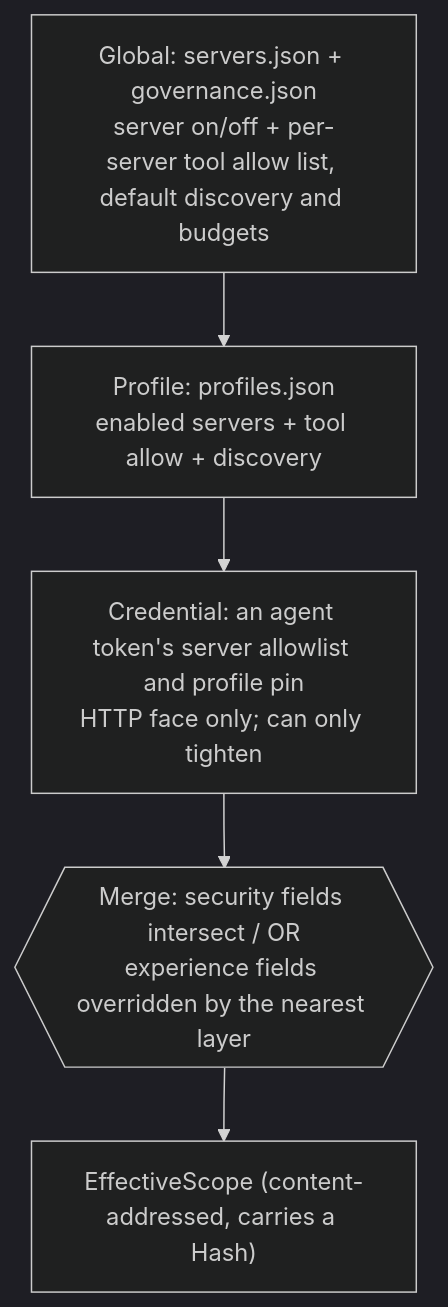
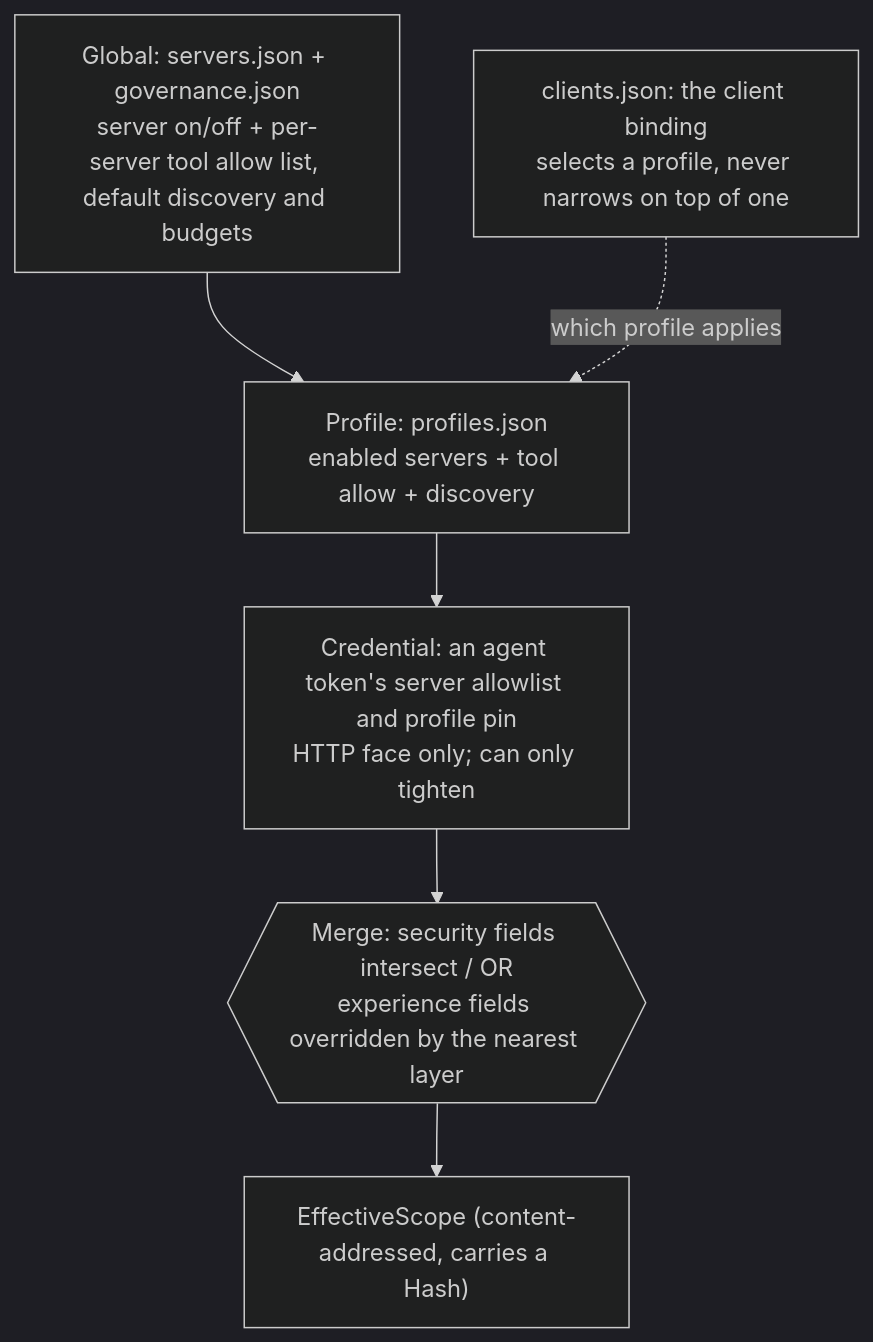
One commit to dinstein/agent-hub changed the seventh of 8 diagrams in docs/architecture.md. Above: the diagram before and after it, drawn with Mermaid (dark theme). The commit also changed 1 other file, not shown here.

First paragraph of the commit message:
docs(architecture): reconcile the two halves of the scope picture
A side-by-side pass over the translated pair found drift in both directions.
docs/zh-CN is checked for its heading skeleton and nothing below it, so
neither of these could fail a build.

````diff
--- a/docs/architecture.md
+++ b/docs/architecture.md
@@ -311,7 +311,8 @@
 ```mermaid
 flowchart TD
     G["Global: servers.json + governance.json<br/>server on/off + per-server tool allow list, default discovery and budgets"] --> P
     P["Profile: profiles.json<br/>enabled servers + tool allow + discovery"] --> S
     S["Credential: an agent token's server allowlist and profile pin<br/>HTTP face only; can only tighten"] --> M
     M{{"Merge: security fields intersect / OR<br/>experience fields overridden by the nearest layer"}} --> E["EffectiveScope (content-addressed, carries a Hash)"]
+    CL["clients.json: the client binding<br/>selects a profile, never narrows on top of one"] -. "which profile applies" .-> P
 ```
````
